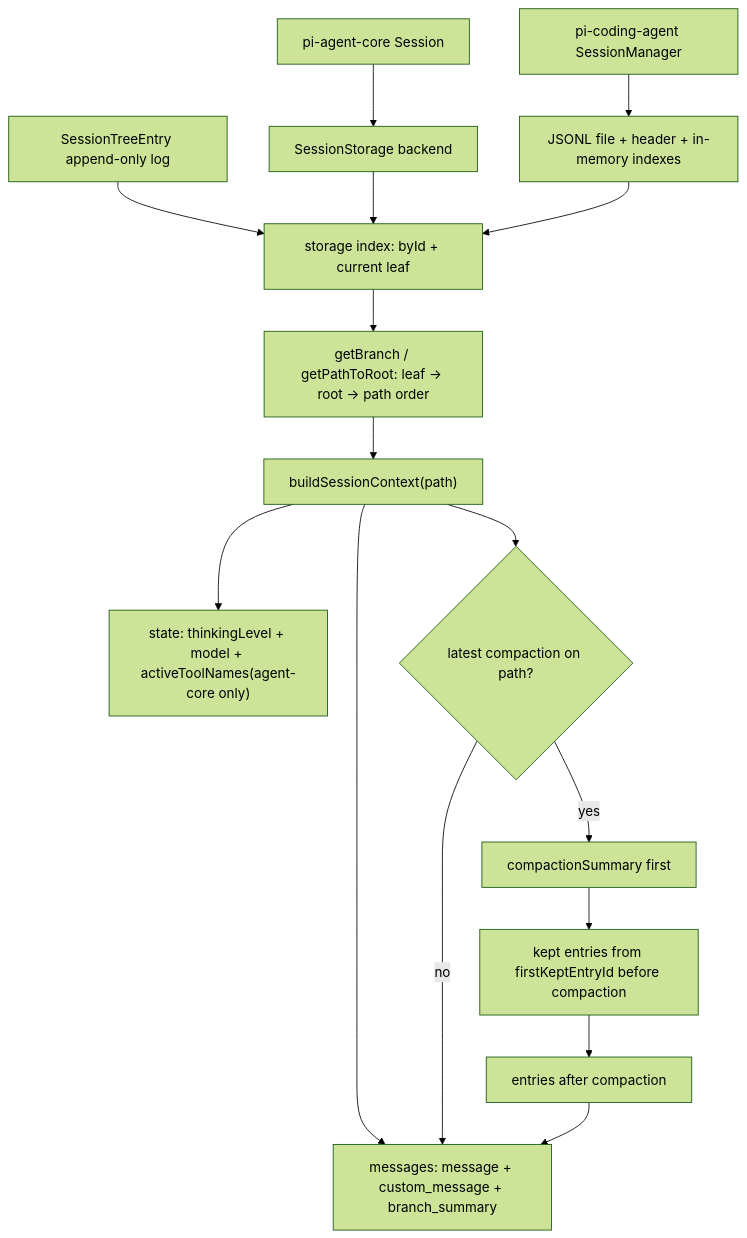
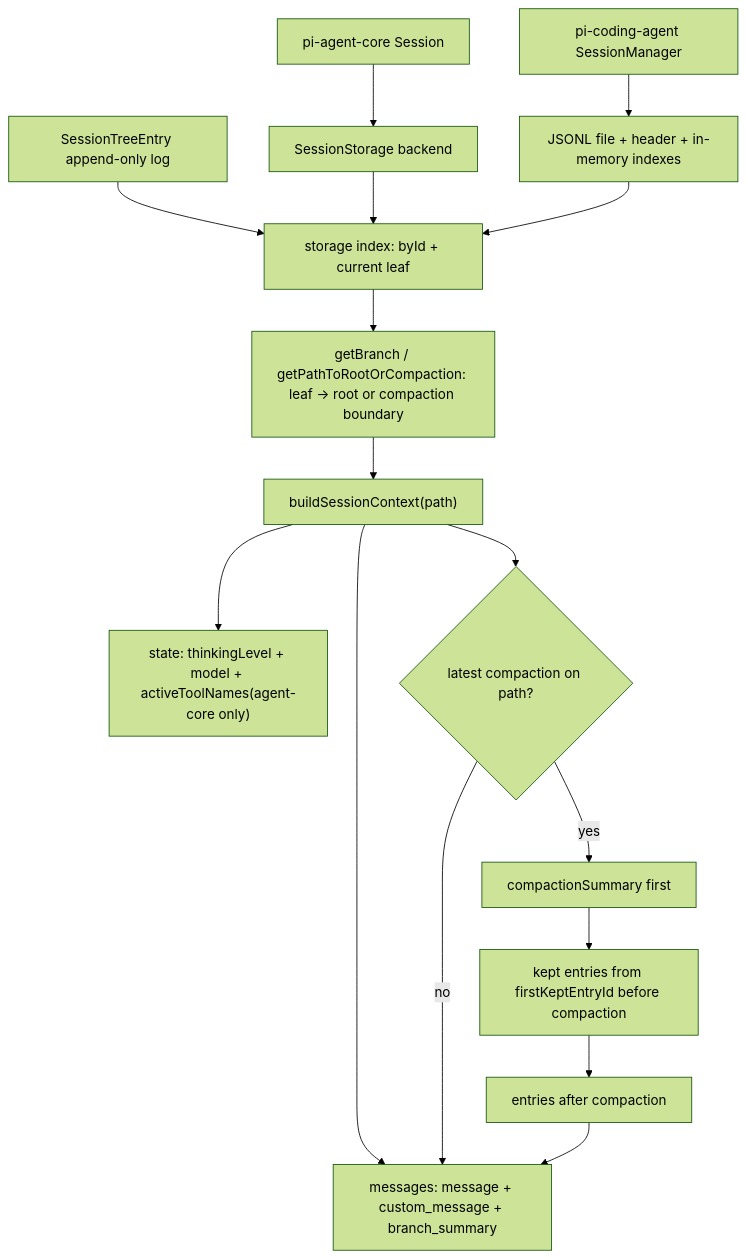
The diagram in docs/llm-wiki/pi/spine/session-state-model.md (wdnmdtonyma/SOTA-Agent-LLM-Wiki), drawn with Mermaid (forest theme) before and after one commit. The commit also changed other lines of this file and 245 other files, not shown here.

````diff
--- a/docs/llm-wiki/pi/spine/session-state-model.md
+++ b/docs/llm-wiki/pi/spine/session-state-model.md
@@ -25,18 +25,18 @@
 ```mermaid
 flowchart TD
   A["SessionTreeEntry append-only log"] --> B["storage index: byId + current leaf"]
-  B --> C["getBranch / getPathToRoot: leaf -> root -> path order"]
+  B --> C["getBranch / getPathToRootOrCompaction: leaf -> root or compaction boundary"]
   C --> D["buildSessionContext(path)"]
   D --> E["messages: message + custom_message + branch_summary"]
   D --> F["state: thinkingLevel + model + activeToolNames(agent-core only)"]
   D --> G{"latest compaction on path?"}
   G -- "no" --> E
   G -- "yes" --> H["compactionSummary first"]
   H --> I["kept entries from firstKeptEntryId before compaction"]
   I --> J["entries after compaction"]
   J --> E
   K["pi-agent-core Session<TMetadata>"] --> L["SessionStorage backend"]
   L --> B
   M["pi-coding-agent SessionManager"] --> N["JSONL file + header + in-memory indexes"]
   N --> B
 ```
````
